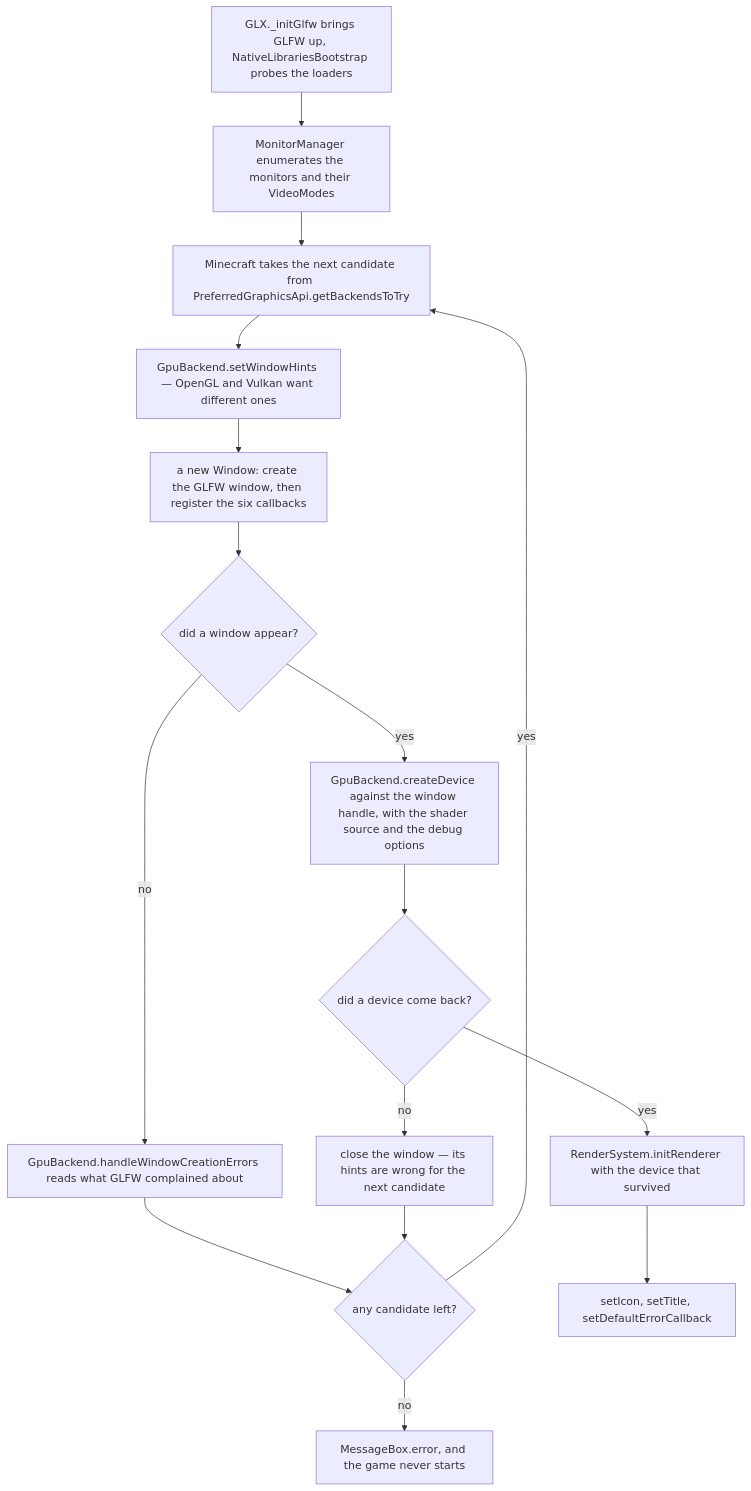
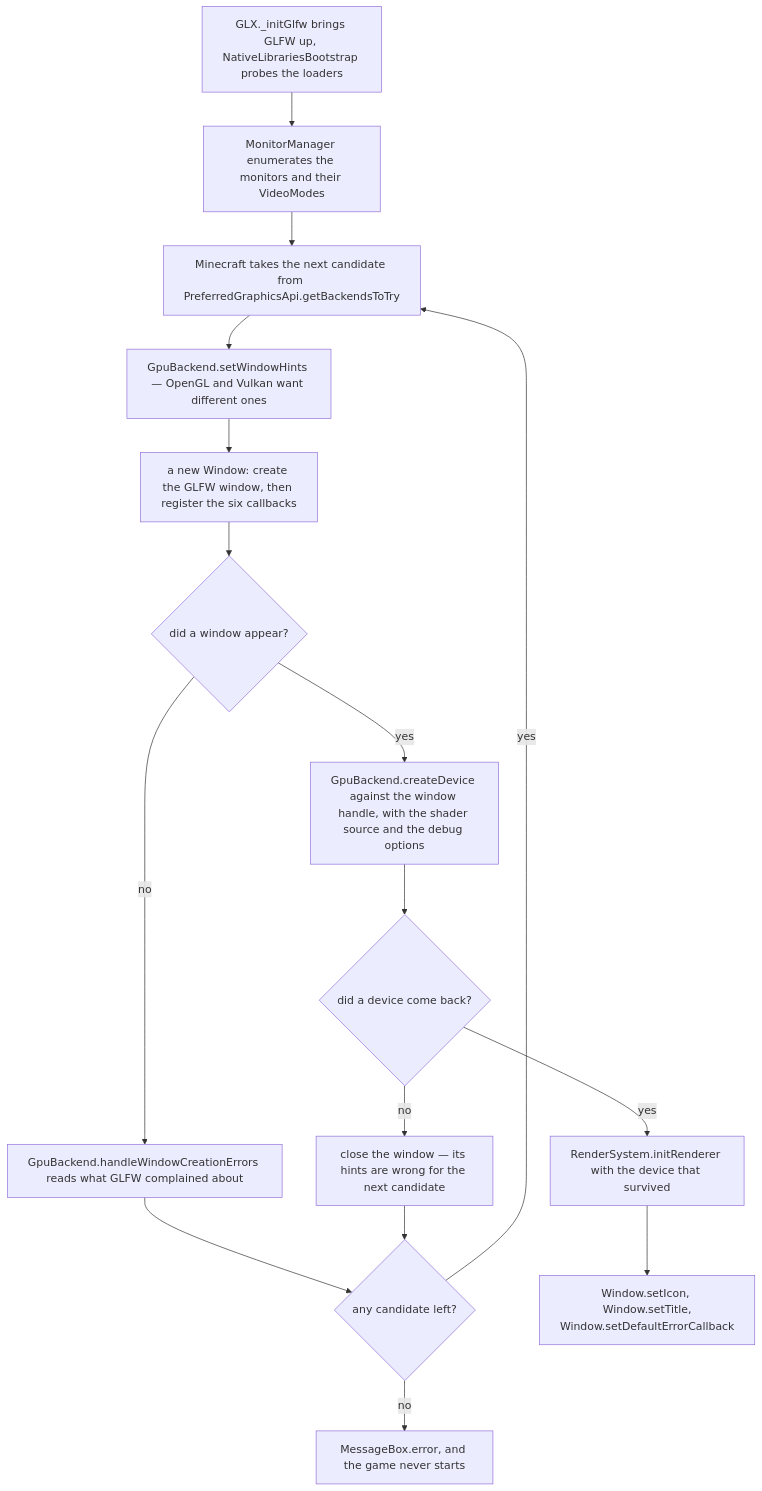
The first of 2 diagrams in src/systems/rendering/the-window.md (AlexanderjFraser/MinecraftDocs), drawn with Mermaid before and after one commit. The commit also changed 55 other files, not shown here.

First line of the commit message:
pass 7, session O — the close, before K: the figure gate strict, the landing figures read as one set, and one strike in thirty not borne out

````diff
--- a/src/systems/rendering/the-window.md
+++ b/src/systems/rendering/the-window.md
@@ -61,24 +61,24 @@
 ```mermaid
 flowchart TD
     GLX["GLX._initGlfw brings GLFW up, NativeLibrariesBootstrap probes the loaders"]
     MonM["MonitorManager enumerates the monitors and their VideoModes"]
     MC["Minecraft takes the next candidate from PreferredGraphicsApi.getBackendsToTry"]
     GB["GpuBackend.setWindowHints — OpenGL and Vulkan want different ones"]
     Window["a new Window: create the GLFW window, then register the six callbacks"]
     Q1{"did a window appear?"}
     ERRS["GpuBackend.handleWindowCreationErrors reads what GLFW complained about"]
     DEV["GpuBackend.createDevice against the window handle, with the shader source and the debug options"]
     Q2{"did a device come back?"}
     KILL["close the window — its hints are wrong for the next candidate"]
     LEFT{"any candidate left?"}
     BOX["MessageBox.error, and the game never starts"]
     RS["RenderSystem.initRenderer with the device that survived"]
-    DONE["setIcon, setTitle, setDefaultErrorCallback"]
+    DONE["Window.setIcon, Window.setTitle,<br/>Window.setDefaultErrorCallback"]
     GLX --> MonM --> MC --> GB --> Window --> Q1
     Q1 -- "no" --> ERRS --> LEFT
     Q1 -- "yes" --> DEV --> Q2
     Q2 -- "no" --> KILL --> LEFT
     Q2 -- "yes" --> RS --> DONE
     LEFT -- "yes" --> MC
     LEFT -- "no" --> BOX
 ```
````
